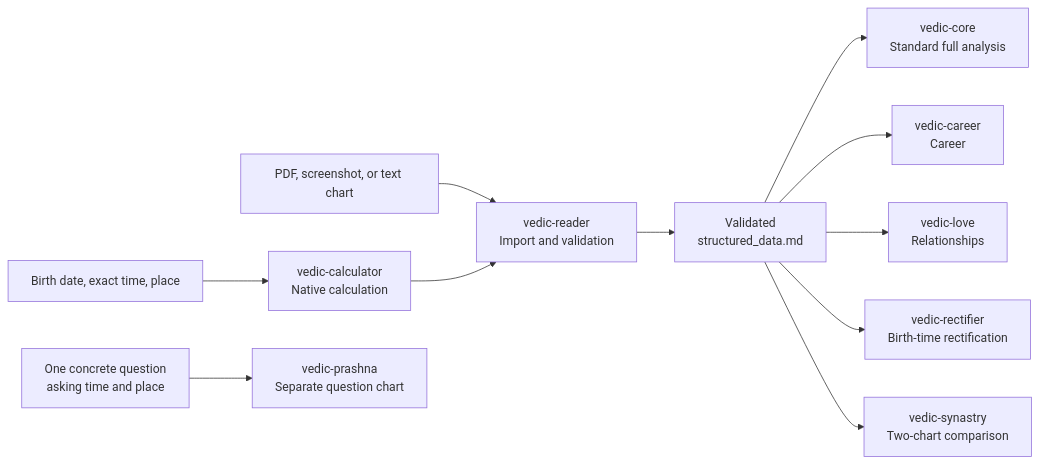
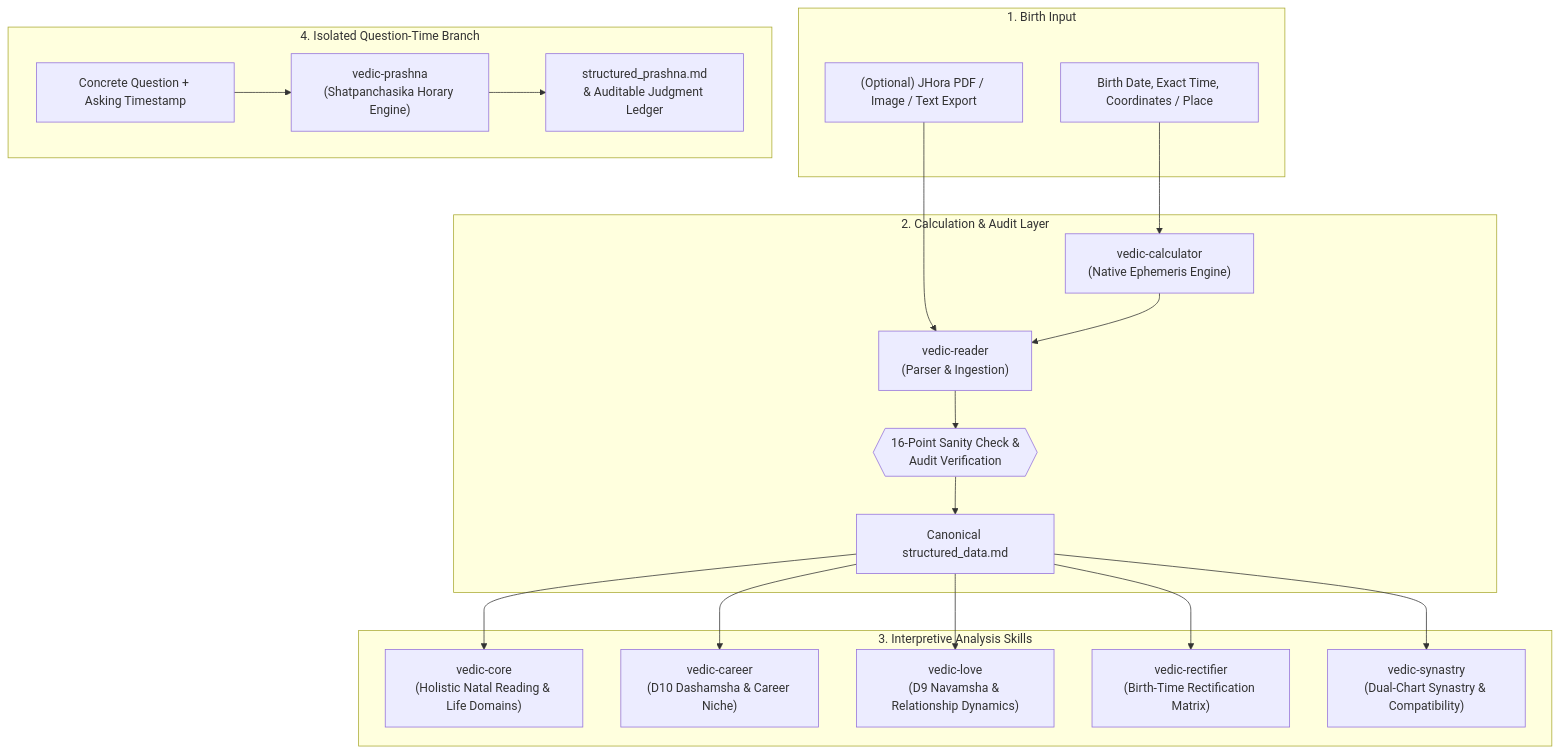
The diagram in README.md (vishal09123/Astro-Vedic), drawn with Mermaid before and after one commit. The commit also changed other lines of this file, not shown here.

````diff
--- a/README.md
+++ b/README.md
@@ -69,13 +35,28 @@
 ```mermaid
-flowchart LR
-    A["Birth date, exact time, place"] --> B["vedic-calculator<br>Native calculation"]
-    C["PDF, screenshot, or text chart"] --> D["vedic-reader<br>Import and validation"]
-    B --> D
-    D --> E["Validated<br>structured_data.md"]
-    E --> F["vedic-core<br>Standard full analysis"]
-    E --> G["vedic-career<br>Career"]
-    E --> H["vedic-love<br>Relationships"]
-    E --> I["vedic-rectifier<br>Birth-time rectification"]
-    E --> J["vedic-synastry<br>Two-chart comparison"]
-    K["One concrete question<br>asking time and place"] --> L["vedic-prashna<br>Separate question chart"]
+flowchart TD
+    subgraph Inputs["1. Birth Input"]
+        A["Birth Date, Exact Time, Coordinates / Place"]
+        PDF["(Optional) JHora PDF / Image / Text Export"]
+    end
+
+    subgraph Engine["2. Calculation & Audit Layer"]
+        A --> B["vedic-calculator<br/>(Native Ephemeris Engine)"]
+        PDF --> C["vedic-reader<br/>(Parser & Ingestion)"]
+        B --> C
+        C --> D{{"16-Point Sanity Check &<br/>Audit Verification"}}
+        D --> E["Canonical structured_data.md"]
+    end
+
+    subgraph Analytics["3. Interpretive Analysis Skills"]
+        E --> F["vedic-core<br/>(Holistic Natal Reading & Life Domains)"]
+        E --> G["vedic-career<br/>(D10 Dashamsha & Career Niche)"]
+        E --> H["vedic-love<br/>(D9 Navamsha & Relationship Dynamics)"]
+        E --> I["vedic-rectifier<br/>(Birth-Time Rectification Matrix)"]
+        E --> J["vedic-synastry<br/>(Dual-Chart Synastry & Compatibility)"]
+    end
+
+    subgraph Horary["4. Isolated Question-Time Branch"]
+        Q["Concrete Question + Asking Timestamp"] --> P["vedic-prashna<br/>(Shatpanchasika Horary Engine)"]
+        P --> K["structured_prashna.md<br/>& Auditable Judgment Ledger"]
+    end
 ```
````
